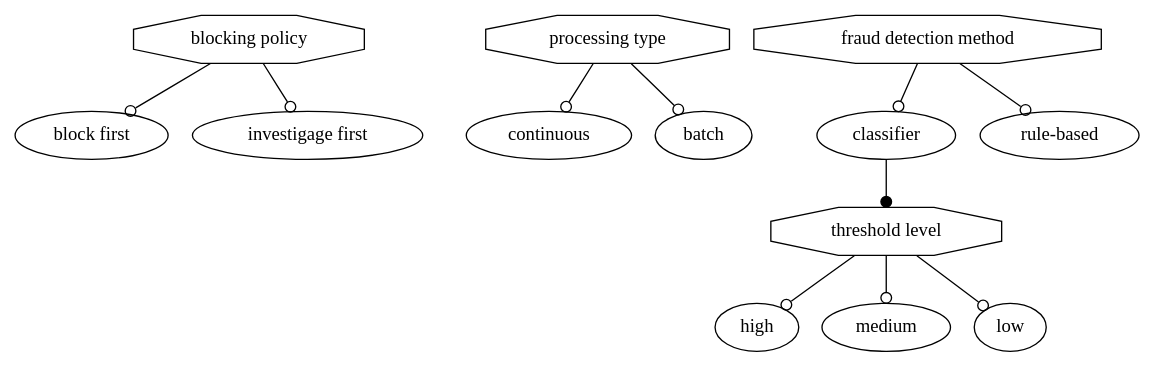
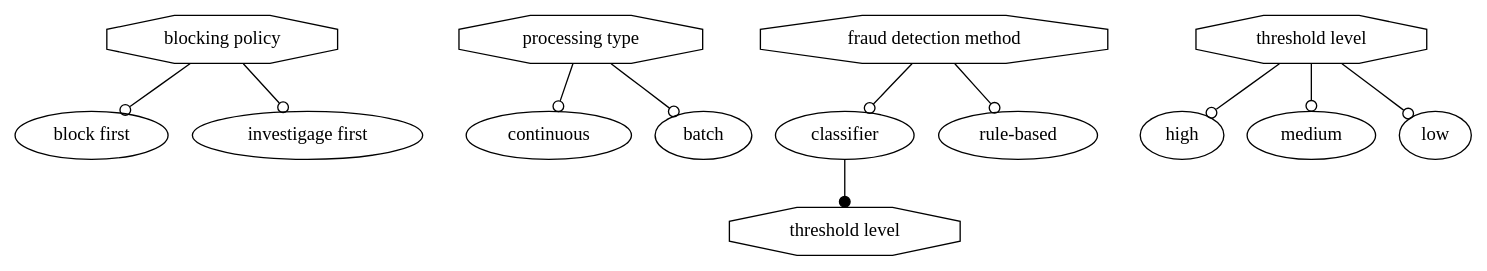
The diagram in uk.ac.ucl.cs.results/PCFDM/graph/dgraph.dot (sbusari/RADAR2), drawn with Graphviz before and after one commit. The commit also changed 40 other files, not shown here.

```diff
--- a/uk.ac.ucl.cs.results/PCFDM/graph/dgraph.dot
+++ b/uk.ac.ucl.cs.results/PCFDM/graph/dgraph.dot
@@ -1,12 +1,12 @@
 digraph G { 
 "0"[label="blocking policy", shape = polygon, sides =8 ]"1"[label="block first"]"0" -> "1"[arrowhead= odot]
 "2"[label="investigage first"]"0" -> "2"[arrowhead= odot]
 "3"[label="processing type", shape = polygon, sides =8 ]"4"[label="continuous"]"3" -> "4"[arrowhead= odot]
 "5"[label="batch"]"3" -> "5"[arrowhead= odot]
 "6"[label="fraud detection method", shape = polygon, sides =8 ]"7"[label="classifier"]"6" -> "7"[arrowhead= odot]
 "8"[label="threshold level", shape = polygon, sides =8 ]"7" -> "8"[arrowhead= dot]
 "9"[label="rule-based"]"6" -> "9"[arrowhead= odot]
-"8"[label="threshold level", shape = polygon, sides =8 ]"10"[label="high"]"8" -> "10"[arrowhead= odot]
-"11"[label="medium"]"8" -> "11"[arrowhead= odot]
-"12"[label="low"]"8" -> "12"[arrowhead= odot]
+"10"[label="threshold level", shape = polygon, sides =8 ]"11"[label="high"]"10" -> "11"[arrowhead= odot]
+"12"[label="medium"]"10" -> "12"[arrowhead= odot]
+"13"[label="low"]"10" -> "13"[arrowhead= odot]
 }
```
